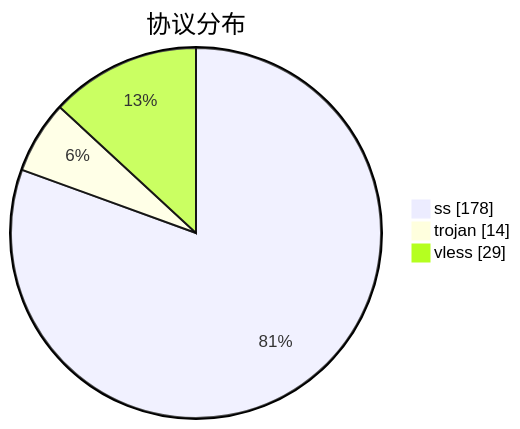
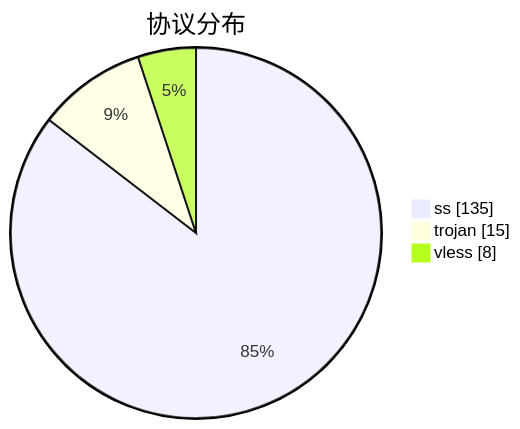
Before and after one commit to qjlxg/airport: the third of 3 diagrams in subs/statistics/tested_within.md, drawn with Mermaid. The commit also changed other lines of this file and 2 other files, not shown here.

````diff
--- a/subs/statistics/tested_within.md
+++ b/subs/statistics/tested_within.md
@@ -33,7 +32,7 @@
 ```mermaid
 pie showData
 title 协议分布
-"ss" : 178
-"trojan" : 14
-"vless" : 29
+"ss" : 135
+"trojan" : 15
+"vless" : 8
 ```
````
